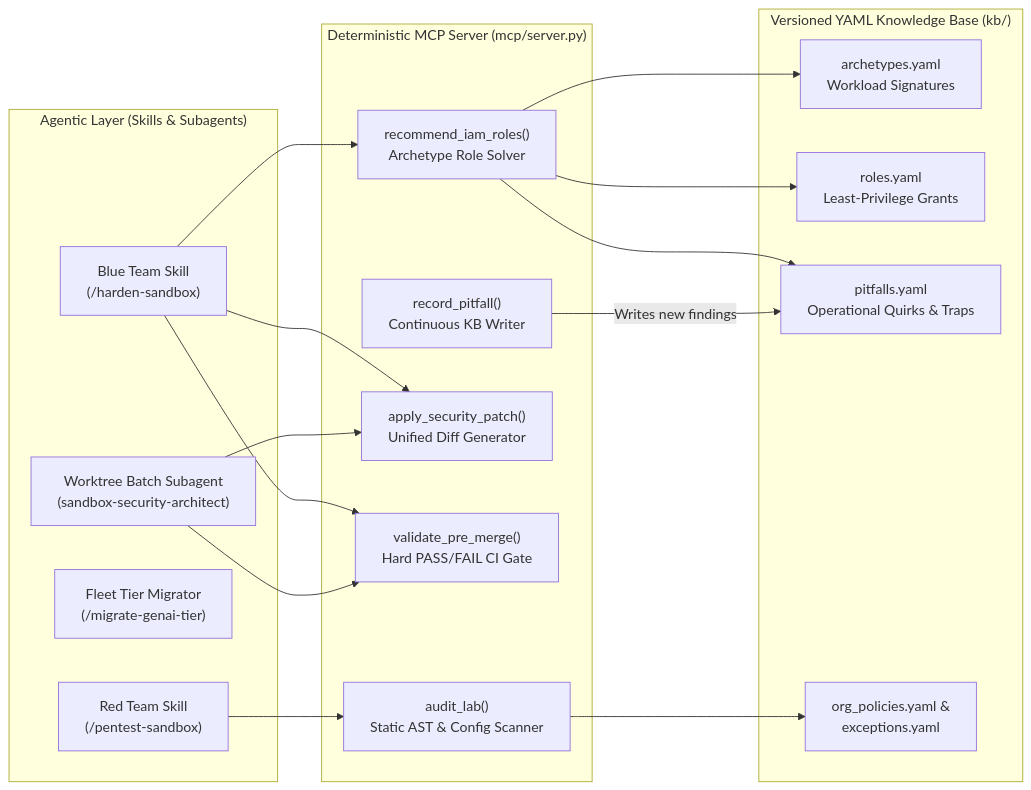
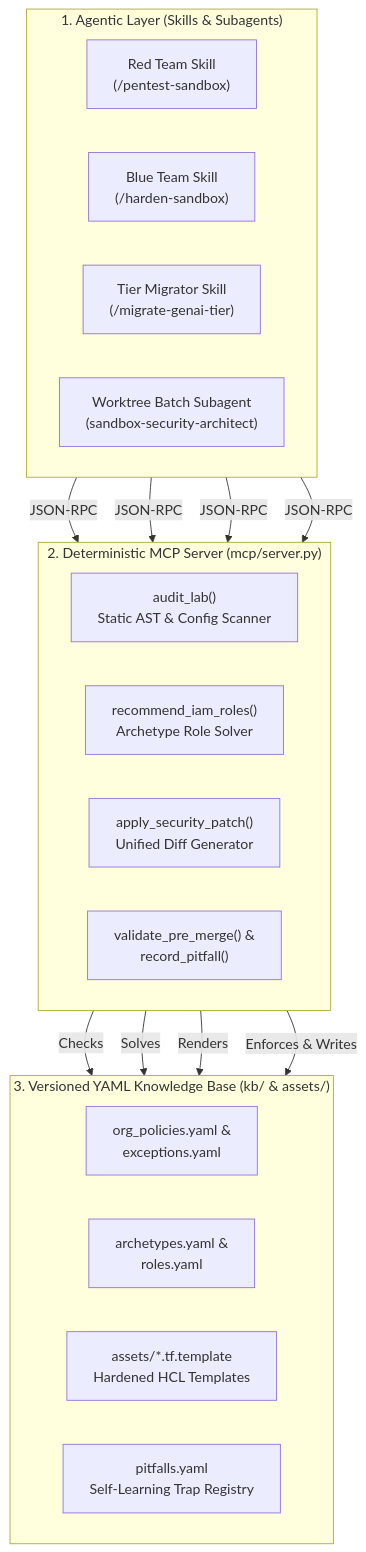
Before and after one commit to zachnoah89/agentic: the diagram in plugins/gcp-sandbox-security/README.md, drawn with Mermaid. The commit also changed other lines of this file and 20 other files, not shown here.

Commit message:
docs(architecture): center Mermaid architecture grids and update Vertex AI to Agent Platform

````diff
--- a/plugins/gcp-sandbox-security/README.md
+++ b/plugins/gcp-sandbox-security/README.md
@@ -71,36 +71,36 @@
 ```mermaid
-flowchart LR
-    subgraph Agents["Agentic Layer (Skills & Subagents)"]
+flowchart TD
+    subgraph Agents["1. Agentic Layer (Skills & Subagents)"]
+        direction LR
+        Red["Red Team Skill<br/>(/pentest-sandbox)"]
         Blue["Blue Team Skill<br/>(/harden-sandbox)"]
-        Red["Red Team Skill<br/>(/pentest-sandbox)"]
-        GenAI["Fleet Tier Migrator<br/>(/migrate-genai-tier)"]
+        GenAI["Tier Migrator Skill<br/>(/migrate-genai-tier)"]
         Swarm["Worktree Batch Subagent<br/>(sandbox-security-architect)"]
     end
 
-    subgraph MCP["Deterministic MCP Server (mcp/server.py)"]
+    subgraph MCP["2. Deterministic MCP Server (mcp/server.py)"]
+        direction LR
         Audit["audit_lab()<br/>Static AST & Config Scanner"]
         Recommend["recommend_iam_roles()<br/>Archetype Role Solver"]
         Patch["apply_security_patch()<br/>Unified Diff Generator"]
-        Gate["validate_pre_merge()<br/>Hard PASS/FAIL CI Gate"]
-        Learn["record_pitfall()<br/>Continuous KB Writer"]
+        Gate["validate_pre_merge() &<br/>record_pitfall()"]
     end
 
-    subgraph KB["Versioned YAML Knowledge Base (kb/)"]
-        Arch["archetypes.yaml<br/>Workload Signatures"]
-        Roles["roles.yaml<br/>Least-Privilege Grants"]
-        Pitfalls["pitfalls.yaml<br/>Operational Quirks & Traps"]
+    subgraph KB["3. Versioned YAML Knowledge Base (kb/ & assets/)"]
+        direction LR
         OrgPol["org_policies.yaml &<br/>exceptions.yaml"]
+        Roles["archetypes.yaml &<br/>roles.yaml"]
+        Assets["assets/*.tf.template<br/>Hardened HCL Templates"]
+        Pitfalls["pitfalls.yaml<br/>Self-Learning Trap Registry"]
     end
 
-    Blue --> Recommend
-    Blue --> Patch
-    Blue --> Gate
-    Red --> Audit
-    Swarm --> Patch
-    Swarm --> Gate
-    Recommend --> Arch
-    Recommend --> Roles
-    Recommend --> Pitfalls
-    Audit --> OrgPol
-    Learn -->|Writes new findings| Pitfalls
+    Red -->|JSON-RPC| Audit
+    Blue -->|JSON-RPC| Recommend
+    GenAI -->|JSON-RPC| Patch
+    Swarm -->|JSON-RPC| Gate
+
+    Audit -->|Checks| OrgPol
+    Recommend -->|Solves| Roles
+    Patch -->|Renders| Assets
+    Gate -->|Enforces & Writes| Pitfalls
 ```
````
